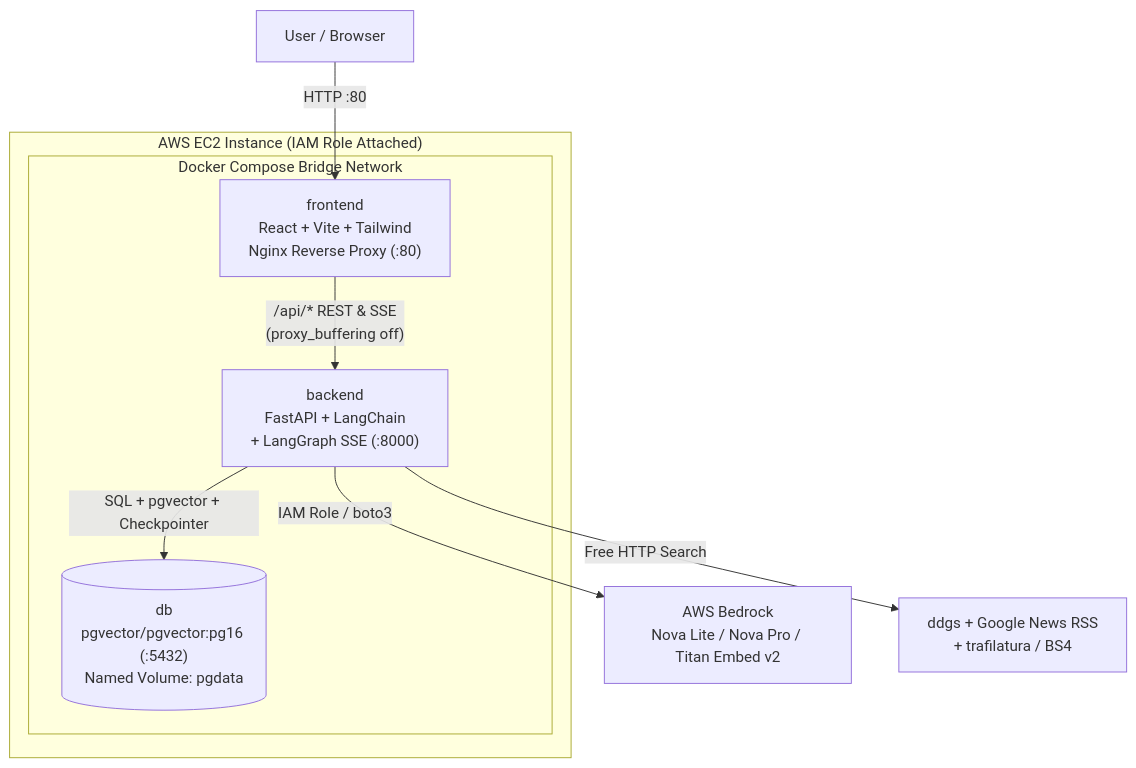
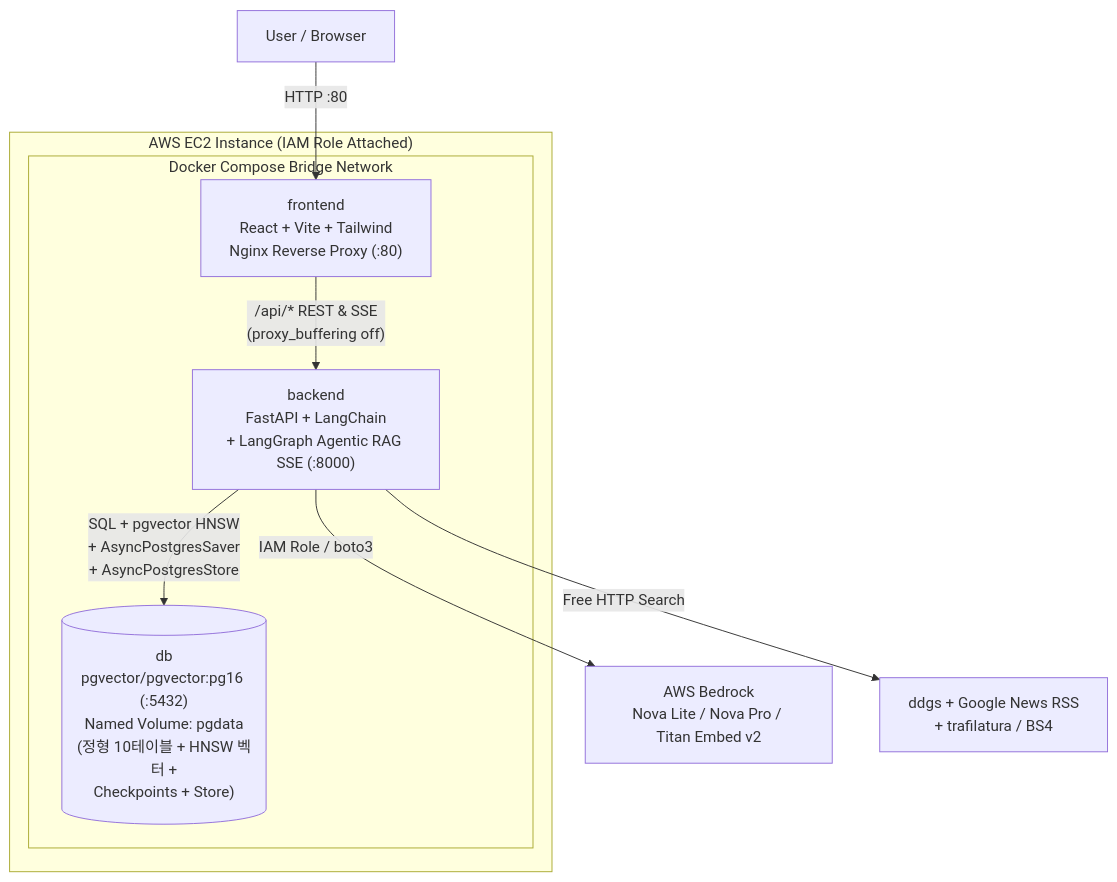
The first of 2 diagrams in ARCHITECTURE.md (KASOP0306/write-on-vibe-lab), drawn with Mermaid before and after one commit. The commit also changed other lines of this file and 2 other files, not shown here.

Commit message:
docs: document full LLM, LangChain, LangGraph, RAG v2, and Loop A/B architecture inventory

````diff
--- a/ARCHITECTURE.md
+++ b/ARCHITECTURE.md
@@ -20,17 +21,17 @@
 ```mermaid
 flowchart TB
     User["User / Browser"] -->|"HTTP :80"| Frontend
 
     subgraph EC2["AWS EC2 Instance (IAM Role Attached)"]
         subgraph Compose["Docker Compose Bridge Network"]
             Frontend["frontend\nReact + Vite + Tailwind\nNginx Reverse Proxy (:80)"]
-            Backend["backend\nFastAPI + LangChain\n+ LangGraph SSE (:8000)"]
-            DB[("db\npgvector/pgvector:pg16 (:5432)\nNamed Volume: pgdata")]
+            Backend["backend\nFastAPI + LangChain\n+ LangGraph Agentic RAG SSE (:8000)"]
+            DB[("db\npgvector/pgvector:pg16 (:5432)\nNamed Volume: pgdata\n(정형 10테이블 + HNSW 벡터 +\nCheckpoints + Store)")]
         end
     end
 
     Frontend -->|"/api/* REST & SSE\n(proxy_buffering off)"| Backend
-    Backend -->|"SQL + pgvector + Checkpointer"| DB
+    Backend -->|"SQL + pgvector HNSW\n+ AsyncPostgresSaver\n+ AsyncPostgresStore"| DB
     Backend -->|"IAM Role / boto3"| Bedrock["AWS Bedrock\nNova Lite / Nova Pro / Titan Embed v2"]
     Backend -->|"Free HTTP Search"| Web["ddgs + Google News RSS\n+ trafilatura / BS4"]
 ```
````
